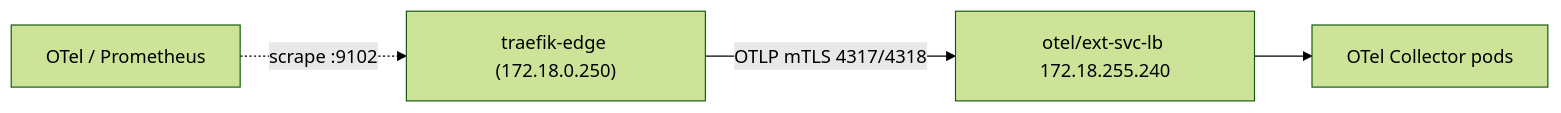
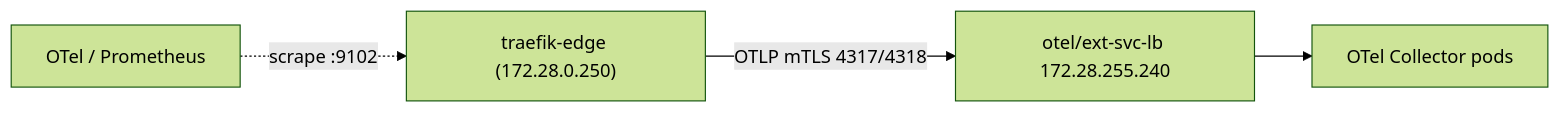
One commit to rmlandvreugd/cnpg-playground changed the fourth of 5 diagrams in docs/detailed-architecture.md. Above: the diagram before and after it, drawn with Mermaid (forest theme). The commit also changed other lines of this file and 34 other files, not shown here.

````diff
--- a/docs/detailed-architecture.md
+++ b/docs/detailed-architecture.md
@@ -290,6 +290,6 @@
 ```mermaid
 flowchart LR
-    Edge["traefik-edge (172.18.0.250)"] -->|"OTLP mTLS 4317/4318"| LB["otel/ext-svc-lb 172.18.255.240"]
+    Edge["traefik-edge (172.28.0.250)"] -->|"OTLP mTLS 4317/4318"| LB["otel/ext-svc-lb 172.28.255.240"]
     LB --> OTel["OTel Collector pods"]
     OTelScrape["OTel / Prometheus"] -.->|"scrape :9102"| Edge
 ```
````
